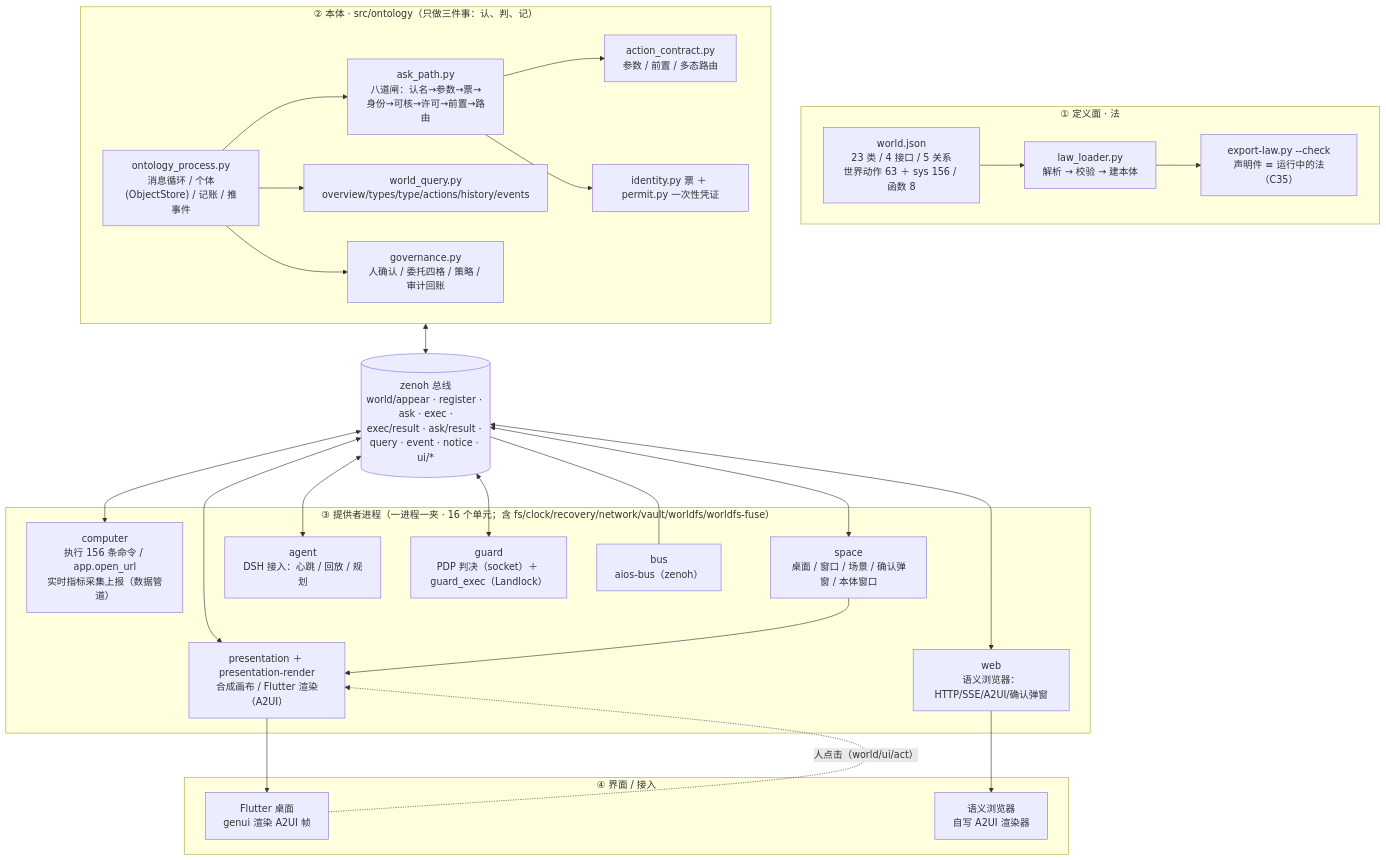
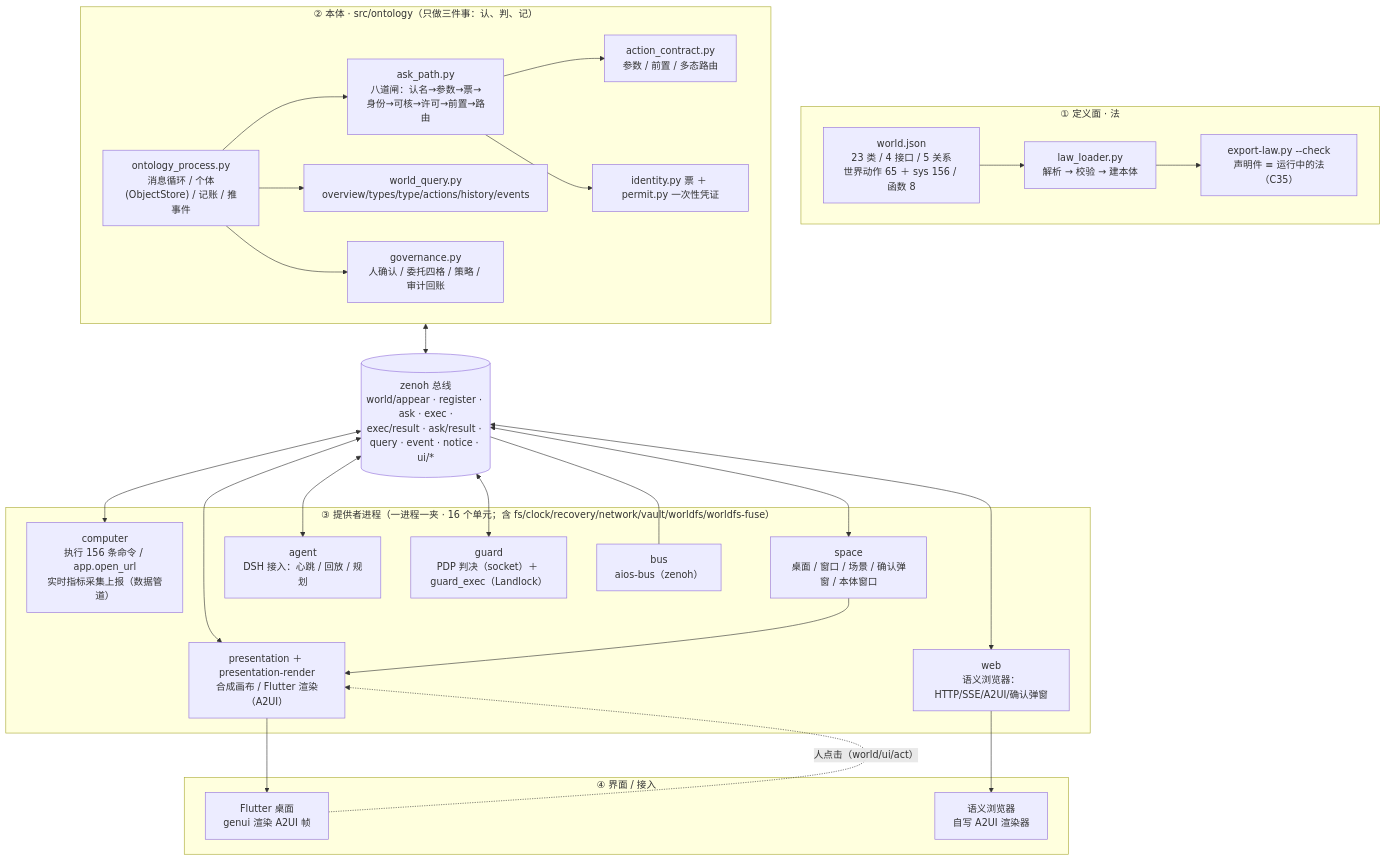
Before and after one commit to ZiFan1117/worldcore: the first of 4 diagrams in docs/ARCHITECTURE.md, drawn with Mermaid. The commit also changed other lines of this file and 11 other files, not shown here.

````diff
--- a/docs/ARCHITECTURE.md
+++ b/docs/ARCHITECTURE.md
@@ -8,53 +8,53 @@
 ```mermaid
 flowchart TB
   subgraph L1[① 定义面 · 法]
-    LAW["world.json<br/>23 类 / 4 接口 / 5 关系<br/>世界动作 63 ＋ sys 156 / 函数 8"]
+    LAW["world.json<br/>23 类 / 4 接口 / 5 关系<br/>世界动作 65 ＋ sys 156 / 函数 8"]
     LOADER["law_loader.py<br/>解析 → 校验 → 建本体"]
     EXPORT["export-law.py --check<br/>声明件 ≡ 运行中的法（C35）"]
     LAW --> LOADER
     LOADER --> EXPORT
   end
 
   subgraph L2[② 本体 · src/ontology（只做三件事：认、判、记）]
     PROC["ontology_process.py<br/>消息循环 / 个体(ObjectStore) / 记账 / 推事件"]
     GATE["ask_path.py<br/>八道闸：认名→参数→票→身份→可核→许可→前置→路由"]
     QUERY["world_query.py<br/>overview/types/type/actions/history/events"]
     GOV["governance.py<br/>人确认 / 委托四格 / 策略 / 审计回账"]
     ID["identity.py 票 ＋ permit.py 一次性凭证"]
     AC["action_contract.py<br/>参数 / 前置 / 多态路由"]
     PROC --> GATE --> AC
     PROC --> QUERY
     PROC --> GOV
     GATE --> ID
   end
 
   BUS[("zenoh 总线<br/>world/appear · register · ask · exec ·<br/>exec/result · ask/result · query · event · notice · ui/*")]
 
   subgraph L3[③ 提供者进程（一进程一夹 · 16 个单元；含 fs/clock/recovery/network/vault/worldfs/worldfs-fuse）]
     COMP["computer<br/>执行 156 条命令 / app.open_url<br/>实时指标采集上报（数据管道）"]
     PRES["presentation ＋ presentation-render<br/>合成画布 / Flutter 渲染（A2UI）"]
     SPACE["space<br/>桌面 / 窗口 / 场景 / 确认弹窗 / 本体窗口"]
     AGENT["agent<br/>DSH 接入：心跳 / 回放 / 规划"]
     GUARD["guard<br/>PDP 判决（socket）＋ guard_exec（Landlock）"]
     WEB["web<br/>语义浏览器：HTTP/SSE/A2UI/确认弹窗"]
     BUSUNIT["bus<br/>aios-bus（zenoh）"]
   end
 
   subgraph L4[④ 界面 / 接入]
     FLUTTER["Flutter 桌面<br/>genui 渲染 A2UI 帧"]
     BROWSER["语义浏览器<br/>自写 A2UI 渲染器"]
   end
 
   L2 <--> BUS
   BUS <--> COMP
   BUS <--> PRES
   BUS <--> SPACE
   BUS <--> AGENT
   BUS <--> GUARD
   BUS <--> WEB
   BUS --- BUSUNIT
   PRES --> FLUTTER
   WEB --> BROWSER
   SPACE --> PRES
   FLUTTER -. "人点击（world/ui/act）" .-> PRES
 ```
````
